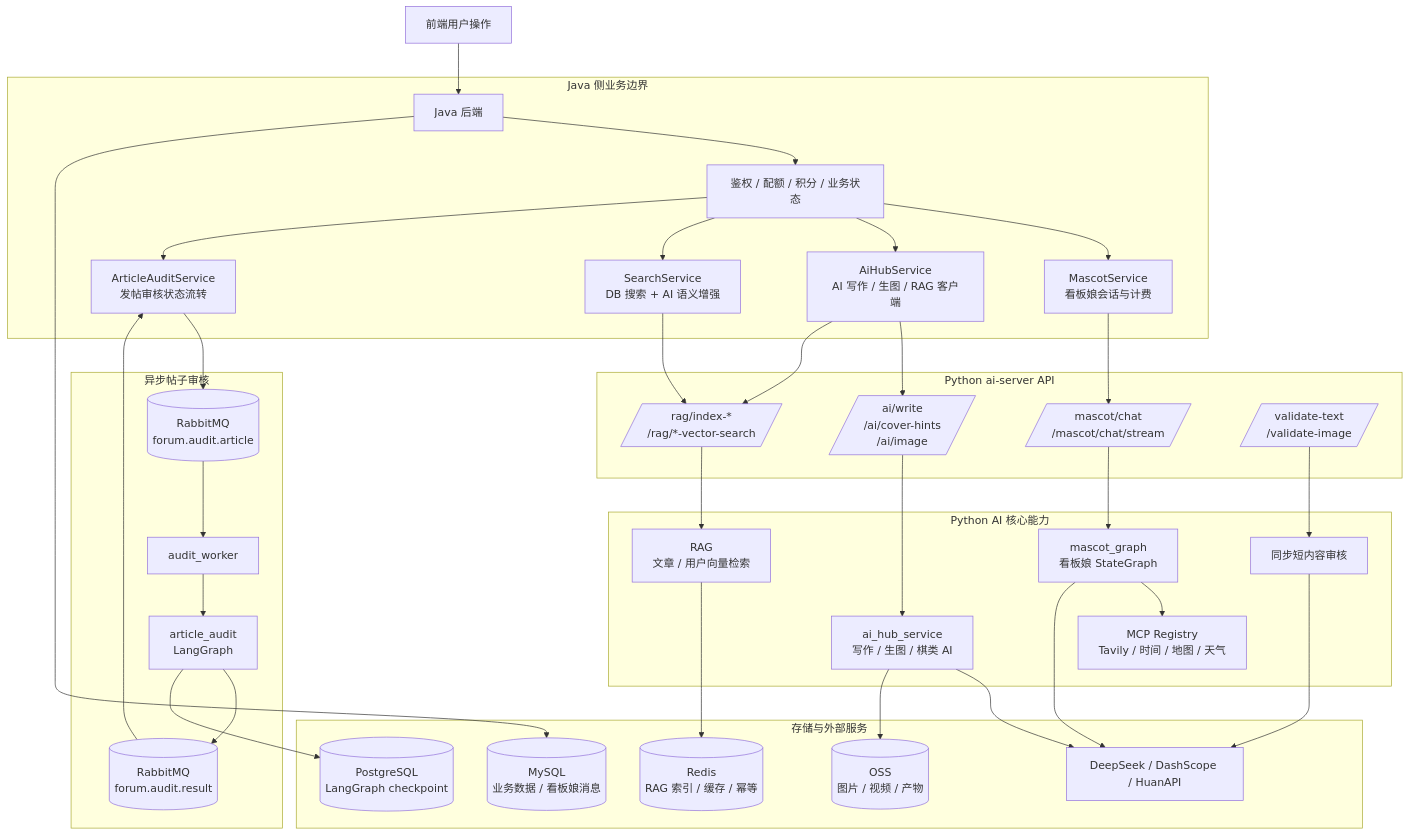
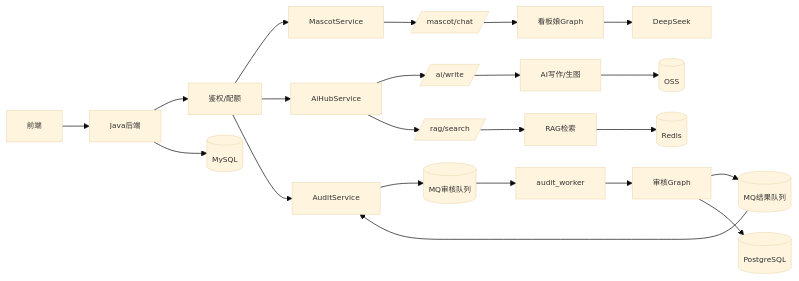
The second of 22 diagrams in README.md (pluchon/mengmeng_forum), drawn with Mermaid before and after one commit. The commit also changed other lines of this file and 2 other files, not shown here.

````diff
--- a/README.md
+++ b/README.md
@@ -204,56 +143,29 @@
 ```mermaid
-flowchart TB
-  FE[前端用户操作] --> BE[Java 后端]
-
-  subgraph JavaSide[Java 侧业务边界]
-    BE --> AUTH[鉴权 / 配额 / 积分 / 业务状态]
-    AUTH --> MASCOT_J[MascotService<br/>看板娘会话与计费]
-    AUTH --> AIHUB_J[AiHubService<br/>AI 写作 / 生图 / RAG 客户端]
-    AUTH --> SEARCH_J[SearchService<br/>DB 搜索 + AI 语义增强]
-    AUTH --> AUDIT_J[ArticleAuditService<br/>发帖审核状态流转]
-  end
-
-  subgraph PythonApi[Python ai-server API]
-    MASCOT_API[/mascot/chat<br/>/mascot/chat/stream/]
-    AI_API[/ai/write<br/>/ai/cover-hints<br/>/ai/image/]
-    RAG_API[/rag/index-*<br/>/rag/*-vector-search/]
-    VALIDATE_API[/validate-text<br/>/validate-image/]
-  end
-
-  MASCOT_J --> MASCOT_API
-  AIHUB_J --> AI_API
-  AIHUB_J --> RAG_API
-  SEARCH_J --> RAG_API
-
-  subgraph PythonCore[Python AI 核心能力]
-    MASCOT_API --> MASCOT_G[mascot_graph<br/>看板娘 StateGraph]
-    AI_API --> HUB_SVC[ai_hub_service<br/>写作 / 生图 / 棋类 AI]
-    RAG_API --> RAG[RAG<br/>文章 / 用户向量检索]
-    VALIDATE_API --> SYNC_AUDIT[同步短内容审核]
-    MASCOT_G --> MCP[MCP Registry<br/>Tavily / 时间 / 地图 / 天气]
-  end
-
-  subgraph AsyncAudit[异步帖子审核]
-    AUDIT_J --> MQ_TASK[(RabbitMQ<br/>forum.audit.article)]
-    MQ_TASK --> WORKER[audit_worker]
-    WORKER --> AUDIT_G[article_audit<br/>LangGraph]
-    AUDIT_G --> MQ_RESULT[(RabbitMQ<br/>forum.audit.result)]
-    MQ_RESULT --> AUDIT_J
-  end
-
-  subgraph Storage[存储与外部服务]
-    MYSQL[(MySQL<br/>业务数据 / 看板娘消息)]
-    REDIS[(Redis<br/>RAG 索引 / 缓存 / 幂等)]
-    PG[(PostgreSQL<br/>LangGraph checkpoint)]
-    MODEL[DeepSeek / DashScope / HuanAPI]
-    OSS[(OSS<br/>图片 / 视频 / 产物)]
-  end
-
-  BE --> MYSQL
-  RAG --> REDIS
-  AUDIT_G --> PG
-  MASCOT_G --> MODEL
-  HUB_SVC --> MODEL
-  SYNC_AUDIT --> MODEL
-  HUB_SVC --> OSS
+%%{init: {'theme':'base', 'themeVariables': {'fontSize':'11px'}, 'flowchart': {'curve':'basis', 'nodeSpacing': 30, 'rankSpacing': 40}}}%%
+flowchart LR
+  FE[前端] --> BE[Java后端]
+  BE --> AUTH[鉴权/配额]
+  AUTH --> MASCOT_J[MascotService]
+  AUTH --> AIHUB_J[AiHubService]
+  AUTH --> AUDIT_J[AuditService]
+  
+  MASCOT_J --> MASCOT_API[/mascot/chat/]
+  AIHUB_J --> AI_API[/ai/write/]
+  AIHUB_J --> RAG_API[/rag/search/]
+  
+  MASCOT_API --> MASCOT_G[看板娘Graph]
+  AI_API --> HUB_SVC[AI写作/生图]
+  RAG_API --> RAG[RAG检索]
+  
+  AUDIT_J --> MQ_TASK[(MQ审核队列)]
+  MQ_TASK --> WORKER[audit_worker]
+  WORKER --> AUDIT_G[审核Graph]
+  AUDIT_G --> MQ_RESULT[(MQ结果队列)]
+  MQ_RESULT --> AUDIT_J
+  
+  BE --> MYSQL[(MySQL)]
+  RAG --> REDIS[(Redis)]
+  AUDIT_G --> PG[(PostgreSQL)]
+  MASCOT_G --> MODEL[DeepSeek]
+  HUB_SVC --> OSS[(OSS)]
 ```
````
